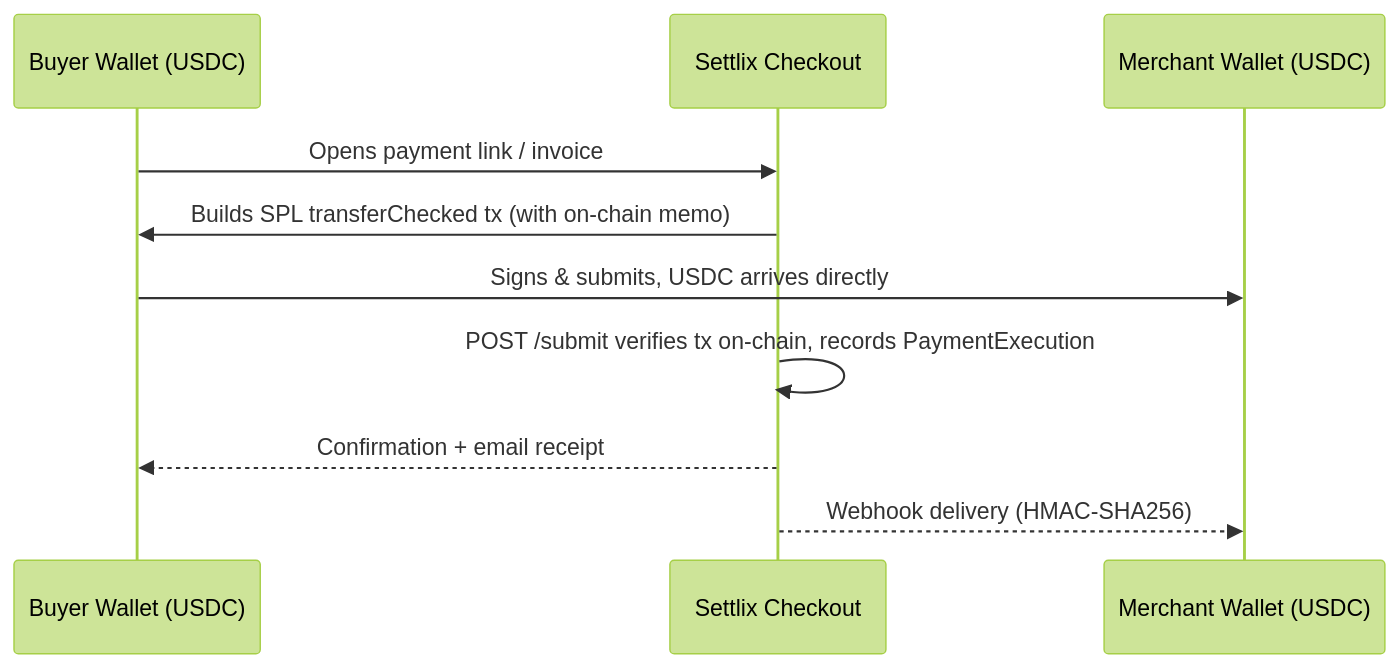
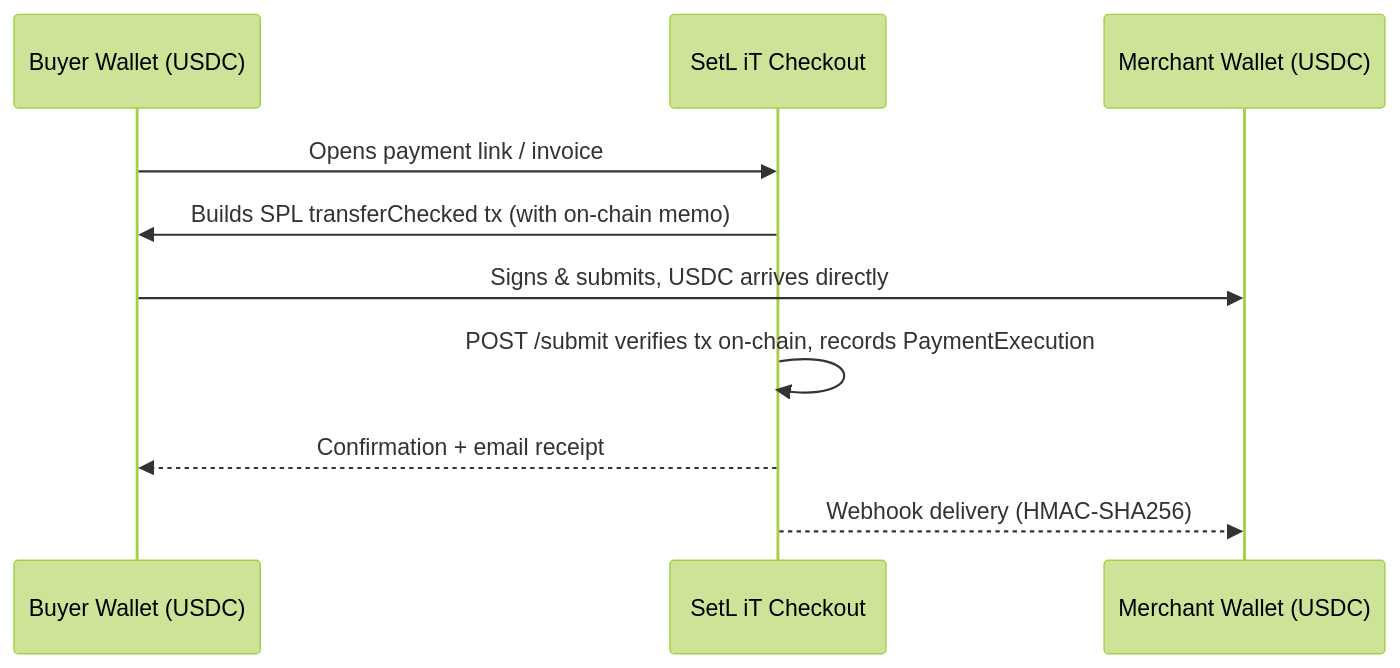
Before and after one commit to Anshumancanrock/SetLiT: the second of 2 diagrams in README.md, drawn with Mermaid (forest theme). The commit also changed other lines of this file and 65 other files, not shown here.

````diff
--- a/README.md
+++ b/README.md
@@ -46,13 +46,13 @@
 ```mermaid
 sequenceDiagram
     participant B as Buyer Wallet (USDC)
-    participant C as Settlix Checkout
+    participant C as SetL iT Checkout
     participant M as Merchant Wallet (USDC)
 
     B->>C: Opens payment link / invoice
     C->>B: Builds SPL transferChecked tx (with on-chain memo)
     B->>M: Signs & submits, USDC arrives directly
     C->>C: POST /submit verifies tx on-chain, records PaymentExecution
     C-->>B: Confirmation + email receipt
     C-->>M: Webhook delivery (HMAC-SHA256)
 ```
````
